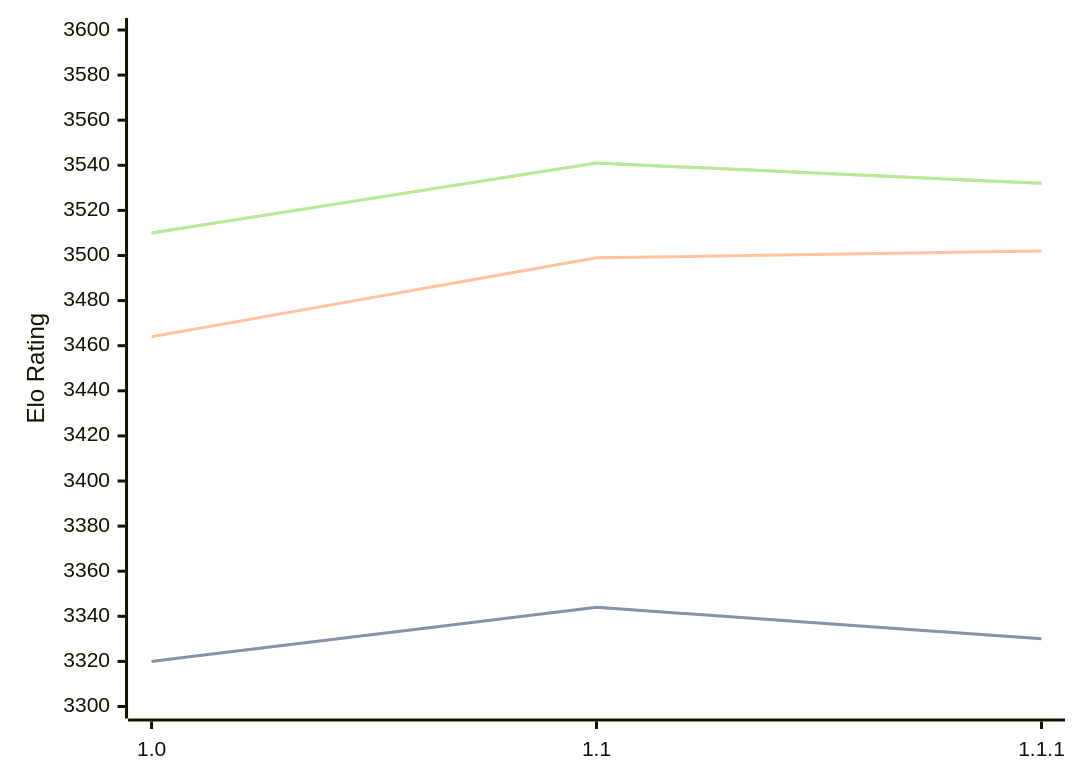
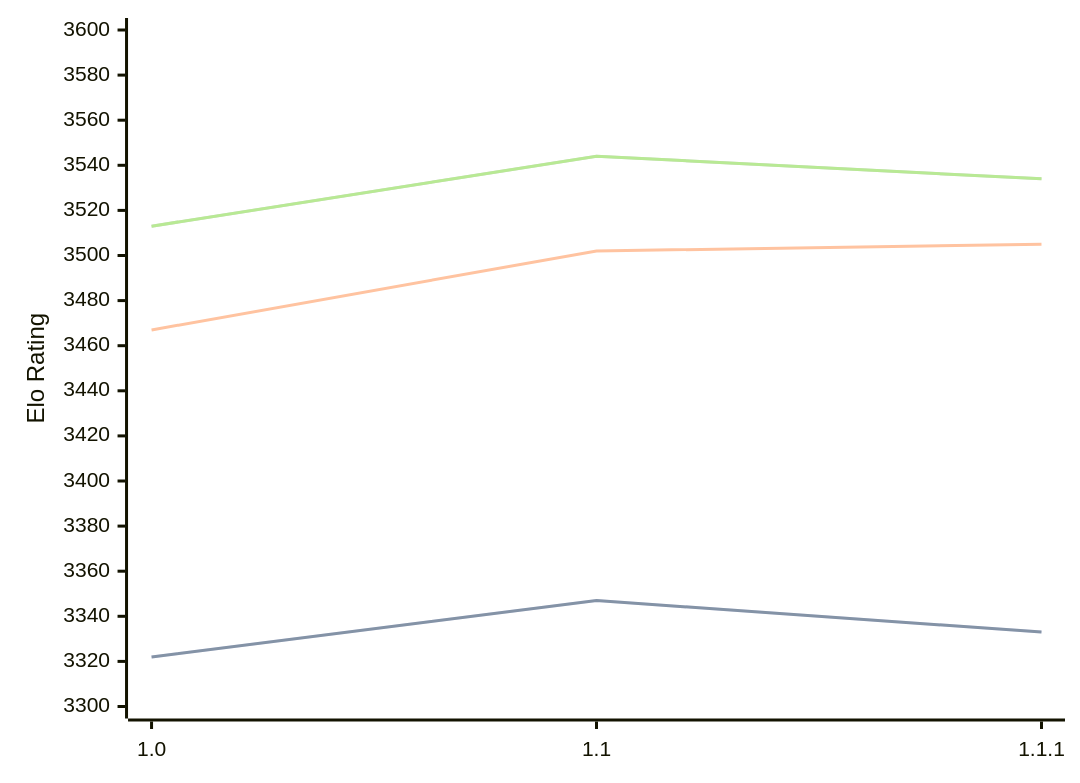
Before and after one commit to computer-chess-index/cci: the diagram in engines/Icarus.md, drawn with Mermaid. The commit also changed other lines of this file, not shown here.

Commit message:
Update CCI Ratings (ELO VLTC) - 2026-09-24

````diff
--- a/engines/Icarus.md
+++ b/engines/Icarus.md
@@ -33,11 +33,11 @@
 ```mermaid
 %%{init: {"theme":"base","themeVariables":{"seriesColors:['#a3a3a3','#222221','#faa371']}}}%%
 xychart-beta
   x-axis ["1.0", "1.1", "1.1.1"]
   y-axis "Elo Rating" 3300 --> 3600
-  line "" [3320, 3344, 3330]
-  line "STC (8.0+0.08s)" [3320, 3344, 3330]
-  line "LTC (60.0+0.60s)" [3464, 3499, 3502]
-  line "" [3510, 3541, 3532]
-  line "VLTC (2m24s+1.12s)" [3510, 3541, 3532]
+  line "" [3322, 3347, 3333]
+  line "STC (8.0+0.08s)" [3322, 3347, 3333]
+  line "LTC (60.0+0.60s)" [3467, 3502, 3505]
+  line "" [3513, 3544, 3534]
+  line "VLTC (2m24s+1.12s)" [3513, 3544, 3534]
 ```
````
